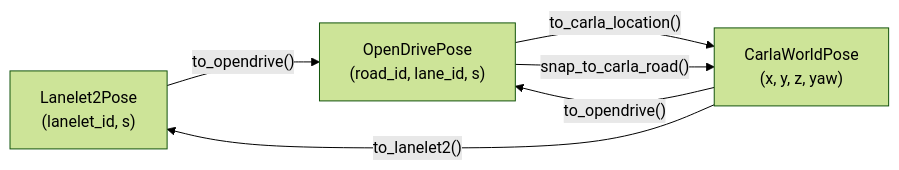
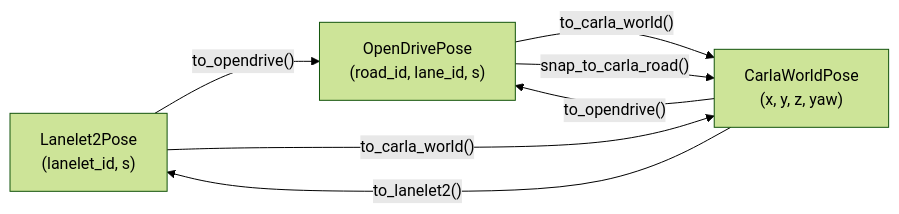
Before and after one commit to autowarefoundation/autoware_carla_scenario: the tenth of 13 diagrams in autoware_carla_scenario/docs/architecture.md, drawn with Mermaid (forest theme). The commit also changed other lines of this file and 6 other files, not shown here.

````diff
--- a/autoware_carla_scenario/docs/architecture.md
+++ b/autoware_carla_scenario/docs/architecture.md
@@ -1246,12 +1246,13 @@
 ```mermaid
 graph LR
     L2["Lanelet2Pose<br/>(lanelet_id, s)"]
     OD["OpenDrivePose<br/>(road_id, lane_id, s)"]
     CW["CarlaWorldPose<br/>(x, y, z, yaw)"]
 
     L2 -->|"to_opendrive()"| OD
-    OD -->|"to_carla_location()"| CW
+    L2 -->|"to_carla_world()"| CW
+    OD -->|"to_carla_world()"| CW
     CW -->|"to_lanelet2()"| L2
     OD -->|"snap_to_carla_road()"| CW
     CW -->|"to_opendrive()"| OD
 ```
````
